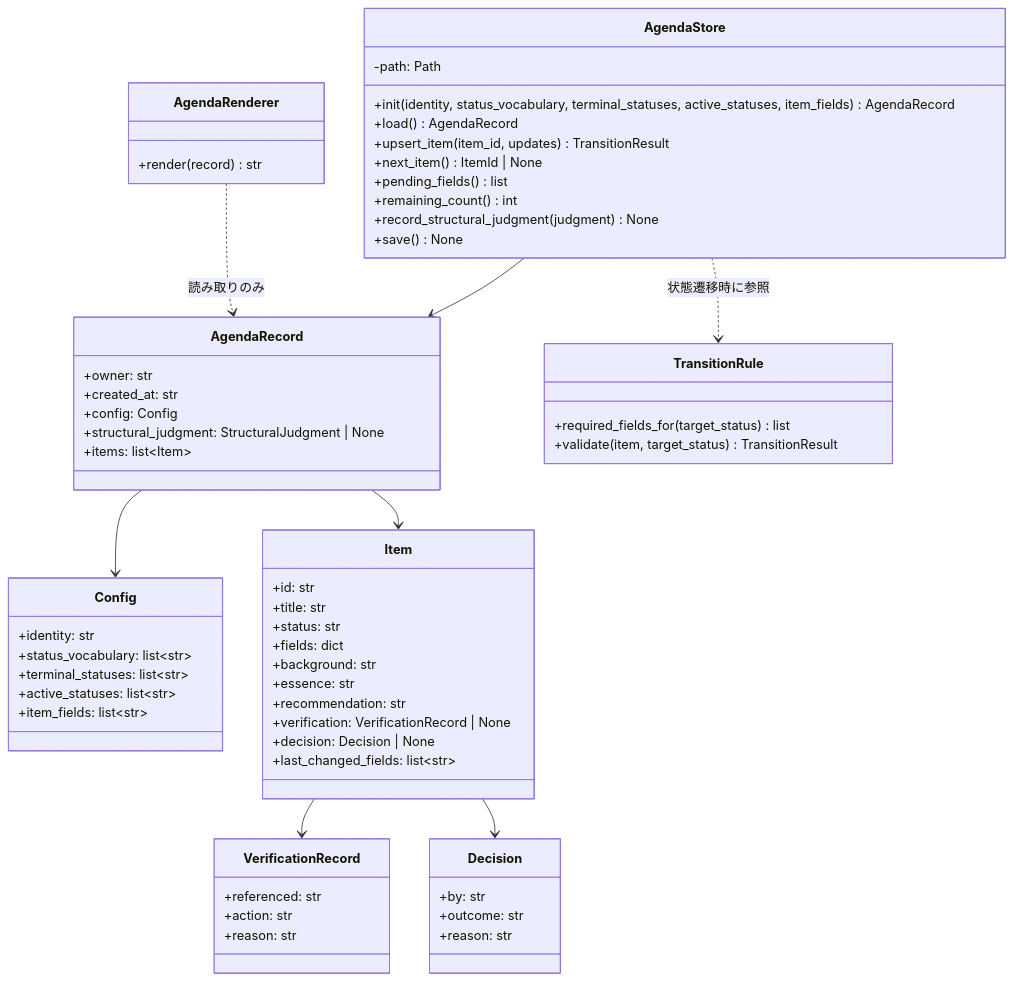
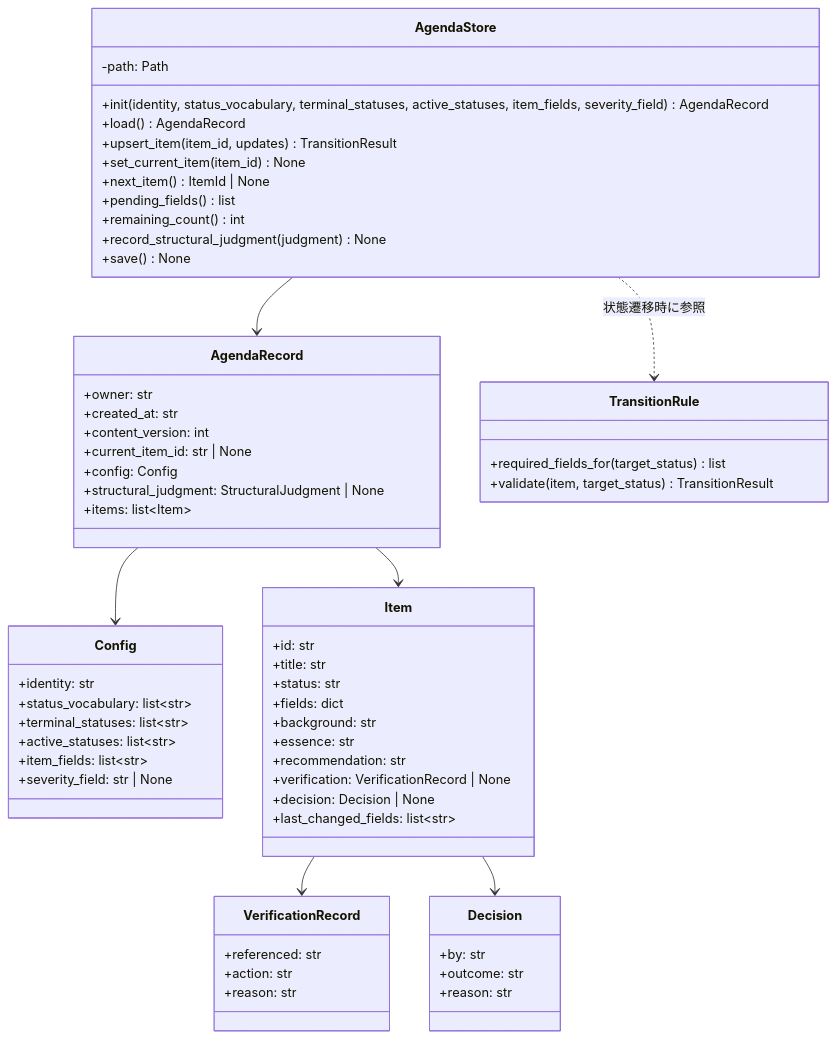
Before and after one commit to BlueEventHorizon/bw-cc-plugins: the second of 3 diagrams in docs/specs/consult/agenda/design/DES-075_agenda_mechanism_design.md, drawn with Mermaid. The commit also changed other lines of this file and 1 other file, not shown here.

First line of the commit message:
docs: agenda表示層設計をDES-077に分離し、DES-075をcurrent_item_id/content_version・severity_fieldで拡張

````diff
--- a/docs/specs/consult/agenda/design/DES-075_agenda_mechanism_design.md
+++ b/docs/specs/consult/agenda/design/DES-075_agenda_mechanism_design.md
@@ -66,65 +69,65 @@
 ```mermaid
 classDiagram
     class AgendaStore {
         -path: Path
-        +init(identity, status_vocabulary, terminal_statuses, active_statuses, item_fields) AgendaRecord
+        +init(identity, status_vocabulary, terminal_statuses, active_statuses, item_fields, severity_field) AgendaRecord
         +load() AgendaRecord
         +upsert_item(item_id, updates) TransitionResult
+        +set_current_item(item_id) None
         +next_item() ItemId | None
         +pending_fields() list
         +remaining_count() int
         +record_structural_judgment(judgment) None
         +save() None
     }
     class AgendaRecord {
         +owner: str
         +created_at: str
+        +content_version: int
+        +current_item_id: str | None
         +config: Config
         +structural_judgment: StructuralJudgment | None
         +items: list~Item~
     }
     class Config {
         +identity: str
         +status_vocabulary: list~str~
         +terminal_statuses: list~str~
         +active_statuses: list~str~
         +item_fields: list~str~
+        +severity_field: str | None
     }
     class Item {
         +id: str
         +title: str
         +status: str
         +fields: dict
         +background: str
         +essence: str
         +recommendation: str
         +verification: VerificationRecord | None
         +decision: Decision | None
         +last_changed_fields: list~str~
     }
     class VerificationRecord {
         +referenced: str
         +action: str
         +reason: str
     }
     class Decision {
         +by: str
         +outcome: str
         +reason: str
     }
     class TransitionRule {
         +required_fields_for(target_status) list
         +validate(item, target_status) TransitionResult
     }
-    class AgendaRenderer {
-        +render(record) str
-    }
 
     AgendaStore --> AgendaRecord
     AgendaRecord --> Config
     AgendaRecord --> Item
     Item --> VerificationRecord
     Item --> Decision
     AgendaStore ..> TransitionRule : 状態遷移時に参照
-    AgendaRenderer ..> AgendaRecord : 読み取りのみ
 ```
````
